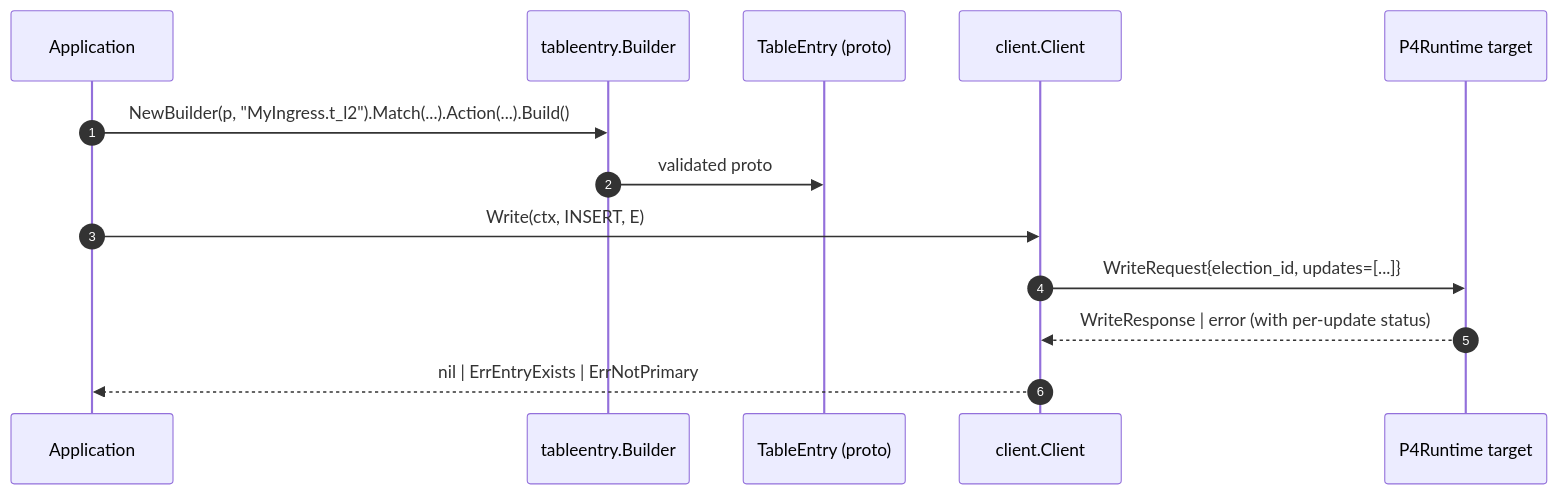
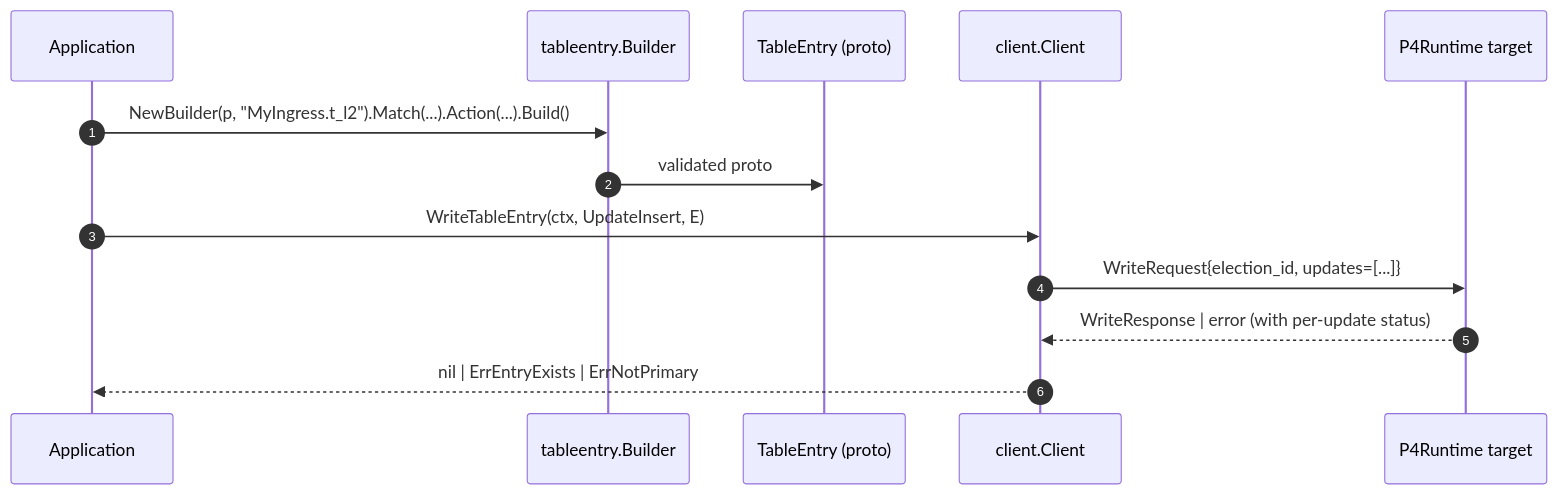
One commit to zhh2001/p4runtime-go-controller changed the fourth of 5 diagrams in ARCHITECTURE.md. Above: the diagram before and after it, drawn with Mermaid. The commit also changed other lines of this file and 20 other files, not shown here.

````diff
--- a/ARCHITECTURE.md
+++ b/ARCHITECTURE.md
@@ -75,16 +75,16 @@
 ```mermaid
 sequenceDiagram
     autonumber
     participant App as Application
     participant B as tableentry.Builder
     participant E as TableEntry (proto)
     participant C as client.Client
     participant T as P4Runtime target
 
     App->>B: NewBuilder(p, "MyIngress.t_l2").Match(...).Action(...).Build()
     B->>E: validated proto
-    App->>C: Write(ctx, INSERT, E)
+    App->>C: WriteTableEntry(ctx, UpdateInsert, E)
     C->>T: WriteRequest{election_id, updates=[...]}
     T-->>C: WriteResponse | error (with per-update status)
     C-->>App: nil | ErrEntryExists | ErrNotPrimary
 ```
````
